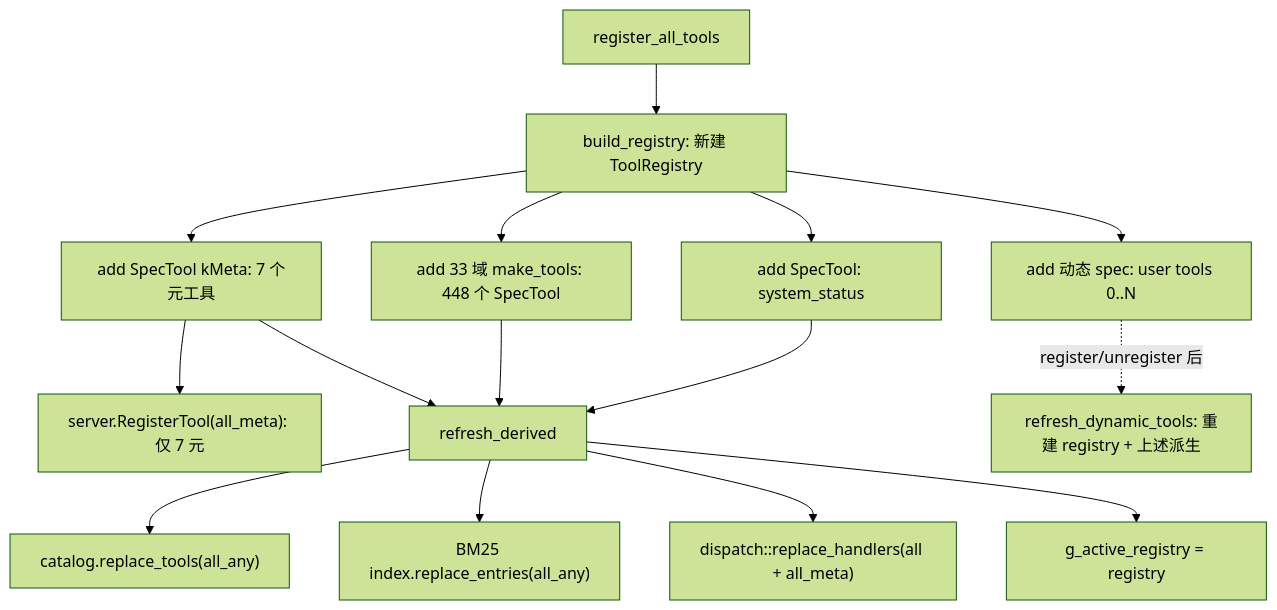
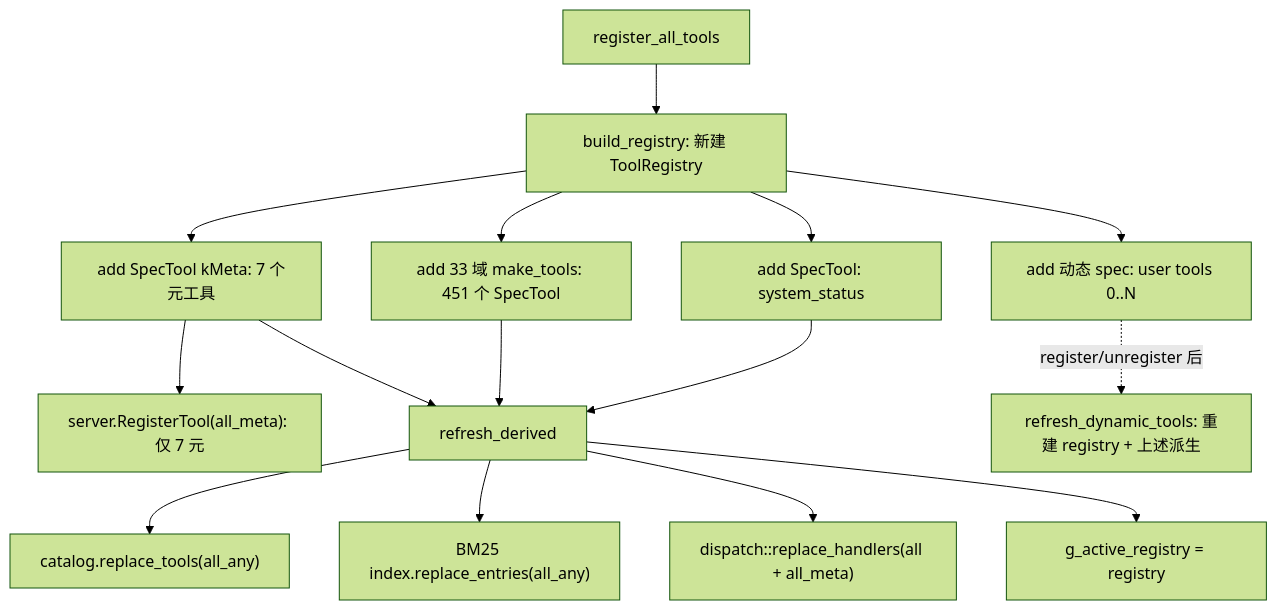
Before and after one commit to jesspig/Godot-Autopilot: the diagram in docs/wiki/modules/tools_registry.md, drawn with Mermaid (forest theme). The commit also changed other lines of this file and 10 other files, not shown here.

````diff
--- a/docs/wiki/modules/tools_registry.md
+++ b/docs/wiki/modules/tools_registry.md
@@ -23,17 +23,17 @@
 ```mermaid
 flowchart TD
     A["register_all_tools"] --> B["build_registry: 新建 ToolRegistry"]
     B --> C["add SpecTool: system_status"]
-    B --> D["add 33 域 make_tools: 448 个 SpecTool"]
+    B --> D["add 33 域 make_tools: 451 个 SpecTool"]
     B --> E["add SpecTool kMeta: 7 个元工具"]
     B --> F["add 动态 spec: user tools 0..N"]
     E --> G["server.RegisterTool(all_meta): 仅 7 元"]
     C --> H["refresh_derived"]
     D --> H
     E --> H
     H --> I["catalog.replace_tools(all_any)"]
     H --> J["BM25 index.replace_entries(all_any)"]
     H --> K["dispatch::replace_handlers(all + all_meta)"]
     H --> L["g_active_registry = registry"]
     F -. "register/unregister 后" .-> M["refresh_dynamic_tools: 重建 registry + 上述派生"]
 ```
````
